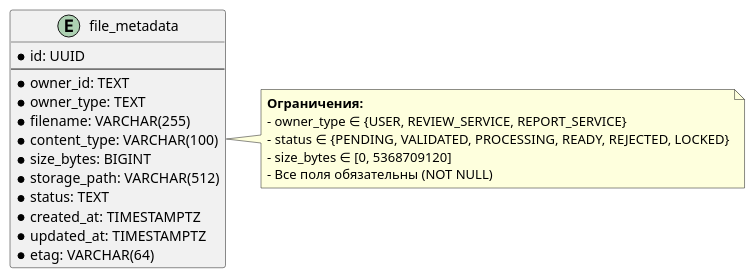
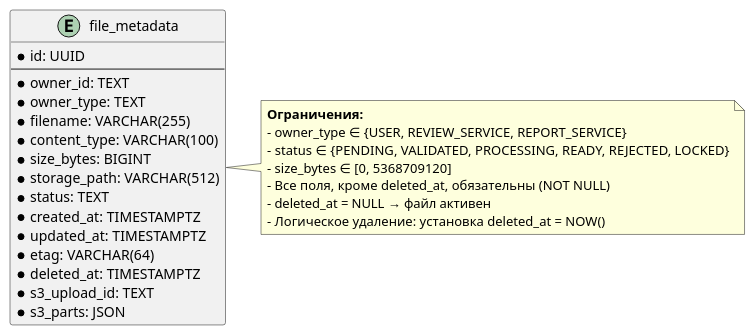
Before and after one commit to a-dobritsa/spareparts_for_everyone: the diagram in fileservice/model.puml, drawn with PlantUML. The commit also changed 1 other file, not shown here.

```diff
--- a/fileservice/model.puml
+++ b/fileservice/model.puml
@@ -1,24 +1,29 @@
 @startuml
 entity "file_metadata" as file {
   * id: UUID
   --
   * owner_id: TEXT
   * owner_type: TEXT
   * filename: VARCHAR(255)
   * content_type: VARCHAR(100)
   * size_bytes: BIGINT
   * storage_path: VARCHAR(512)
   * status: TEXT
   * created_at: TIMESTAMPTZ
   * updated_at: TIMESTAMPTZ
   * etag: VARCHAR(64)
+  * deleted_at: TIMESTAMPTZ
+  *s3_upload_id: TEXT
+  *s3_parts: JSON
 }
 
 note right of file
   <b>Ограничения:</b>
   - owner_type ∈ {USER, REVIEW_SERVICE, REPORT_SERVICE}
   - status ∈ {PENDING, VALIDATED, PROCESSING, READY, REJECTED, LOCKED}
   - size_bytes ∈ [0, 5368709120]
-  - Все поля обязательны (NOT NULL)
+  - Все поля, кроме deleted_at, обязательны (NOT NULL)
+  - deleted_at = NULL → файл активен
+  - Логическое удаление: установка deleted_at = NOW()
 end note
 @enduml
```
